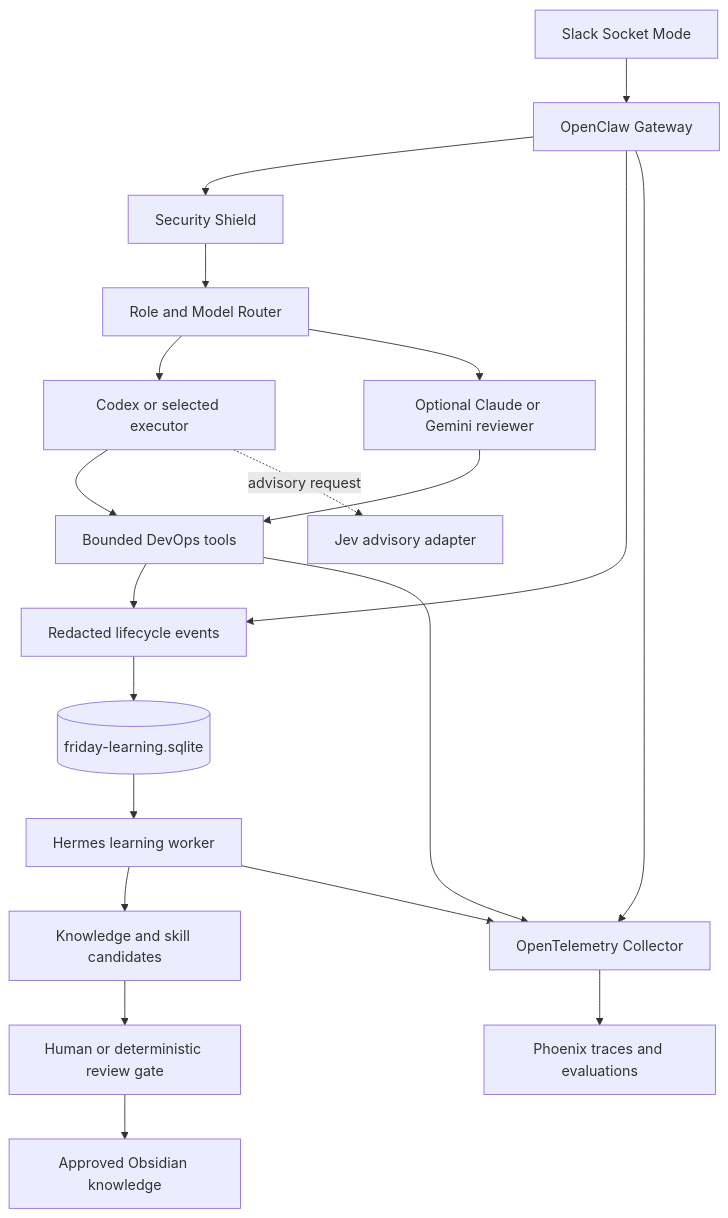
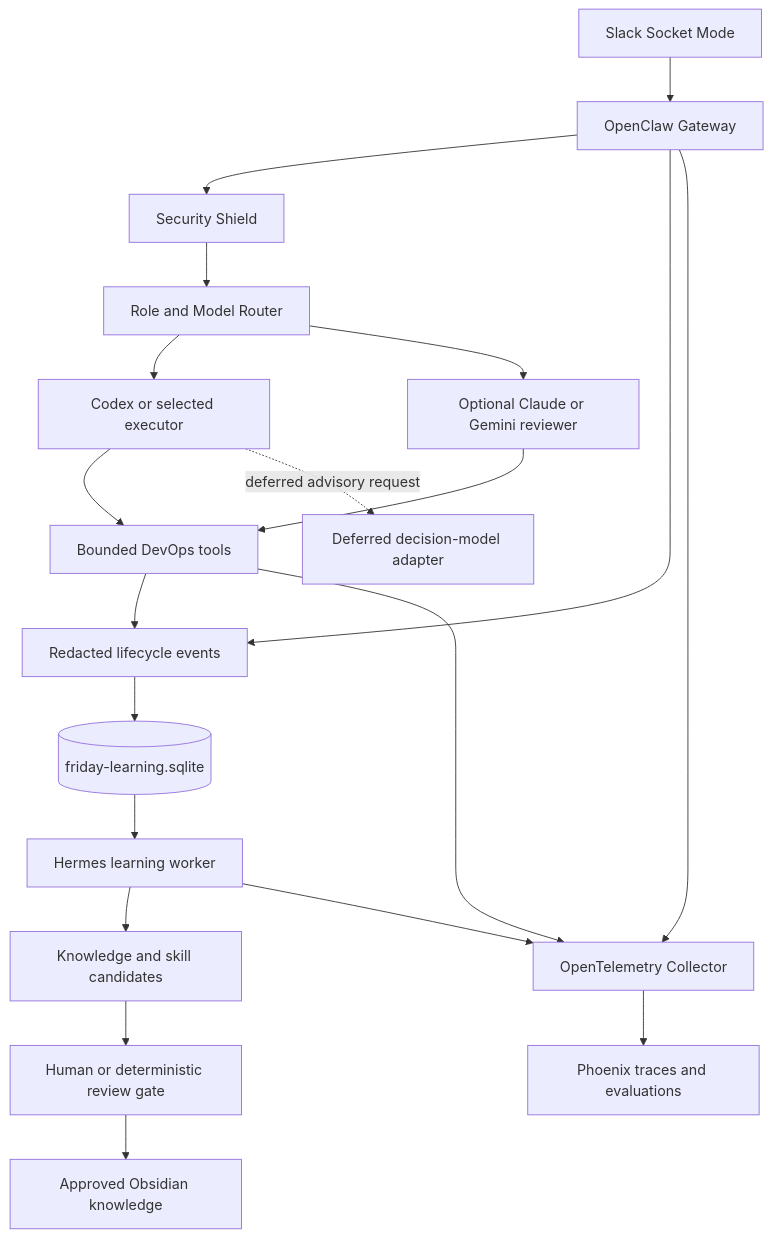
Before and after one commit to 0xKMT/assistant-devops-ai-bot: the diagram in docs/LOCAL_DEVOPS_ASSISTANT_DESIGN.md, drawn with Mermaid. The commit also changed other lines of this file and 7 other files, not shown here.

First line of the commit message:
docs: add system design, roadmap and phase-work skill as agent north star

````diff
--- a/docs/LOCAL_DEVOPS_ASSISTANT_DESIGN.md
+++ b/docs/LOCAL_DEVOPS_ASSISTANT_DESIGN.md
@@ -83,25 +87,25 @@
 ```mermaid
 flowchart TD
   Slack[Slack Socket Mode] --> Host[OpenClaw Gateway]
   Host --> Shield[Security Shield]
   Shield --> Router[Role and Model Router]
 
   Router --> Executor[Codex or selected executor]
   Router --> Reviewer[Optional Claude or Gemini reviewer]
   Executor --> Tools[Bounded DevOps tools]
   Reviewer --> Tools
-  Executor -. advisory request .-> Jev[Jev advisory adapter]
+  Executor -. deferred advisory request .-> Decision[Deferred decision-model adapter]
 
   Host --> Events[Redacted lifecycle events]
   Tools --> Events
   Events --> LearningDB[(friday-learning.sqlite)]
   LearningDB --> Hermes[Hermes learning worker]
   Hermes --> Candidates[Knowledge and skill candidates]
   Candidates --> Review[Human or deterministic review gate]
   Review --> Vault[Approved Obsidian knowledge]
 
   Host --> OTel[OpenTelemetry Collector]
   Tools --> OTel
   Hermes --> OTel
   OTel --> Phoenix[Phoenix traces and evaluations]
 ```
````
